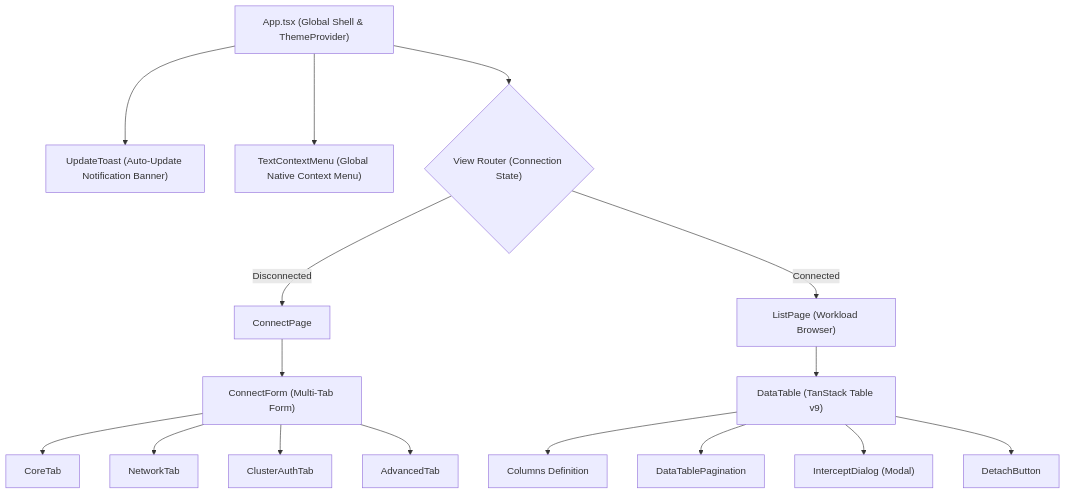
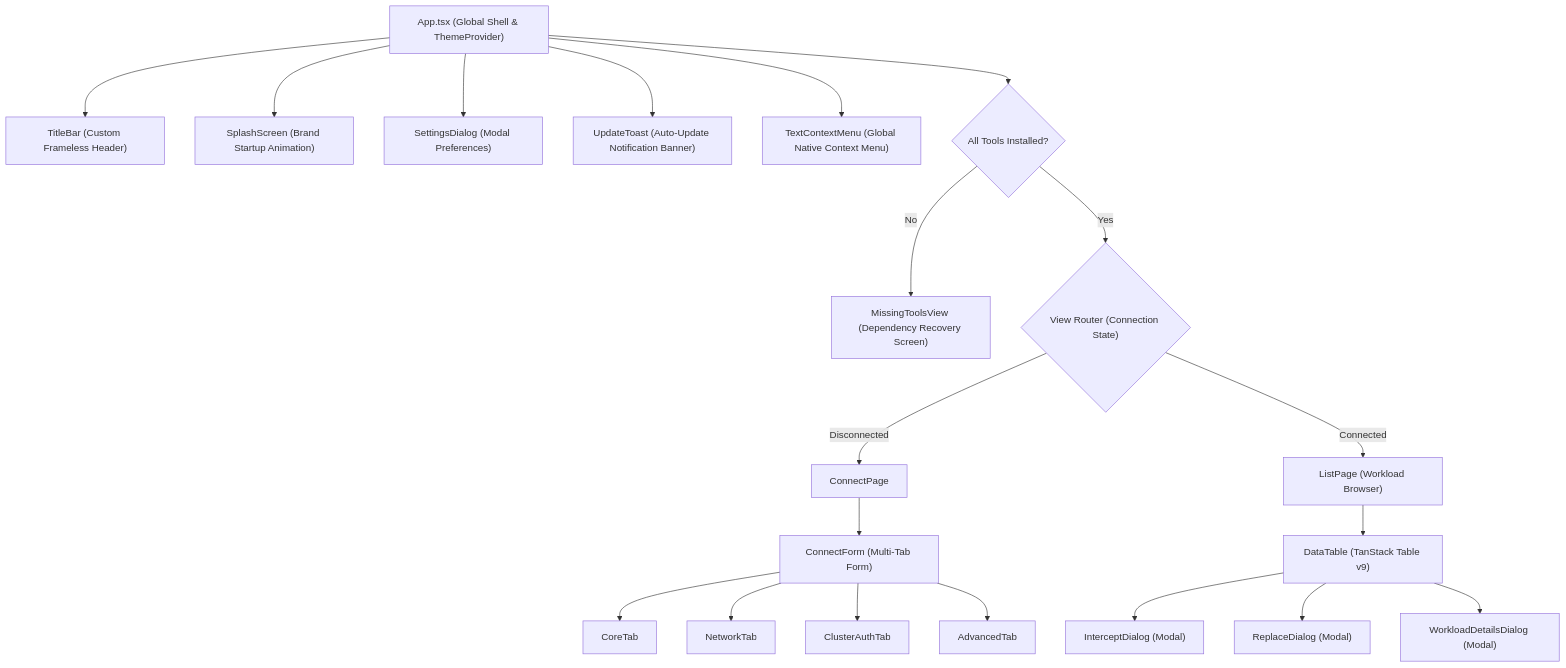
Before and after one commit to mahdimomeni/telepresence-gui: the diagram in docs/docs/developer-guide/frontend-architecture.md, drawn with Mermaid. The commit also changed other lines of this file and 16 other files, not shown here.

````diff
--- a/docs/docs/developer-guide/frontend-architecture.md
+++ b/docs/docs/developer-guide/frontend-architecture.md
@@ -25,25 +26,34 @@
 ```mermaid
 graph TD
     AppShell["App.tsx (Global Shell & ThemeProvider)"]
+    TitleBar["TitleBar (Custom Frameless Header)"]
+    SplashScreen["SplashScreen (Brand Startup Animation)"]
+    SettingsDialog["SettingsDialog (Modal Preferences)"]
+    MissingTools["MissingToolsView (Dependency Recovery Screen)"]
     UpdateToast["UpdateToast (Auto-Update Notification Banner)"]
     ContextMenu["TextContextMenu (Global Native Context Menu)"]
     
+    AppShell --> TitleBar
+    AppShell --> SplashScreen
+    AppShell --> SettingsDialog
     AppShell --> UpdateToast
     AppShell --> ContextMenu
-    AppShell --> Router{"View Router (Connection State)"}
+    
+    AppShell --> ToolGate{"All Tools Installed?"}
+    ToolGate -->|No| MissingTools
+    ToolGate -->|Yes| Router{"View Router (Connection State)"}
     
     Router -->|Disconnected| ConnectPage["ConnectPage"]
     Router -->|Connected| ListPage["ListPage (Workload Browser)"]
     
     ConnectPage --> ConnectForm["ConnectForm (Multi-Tab Form)"]
     ConnectForm --> CoreTab["CoreTab"]
     ConnectForm --> NetworkTab["NetworkTab"]
     ConnectForm --> ClusterAuthTab["ClusterAuthTab"]
     ConnectForm --> AdvancedTab["AdvancedTab"]
     
     ListPage --> DataTable["DataTable (TanStack Table v9)"]
-    DataTable --> Columns["Columns Definition"]
-    DataTable --> Pagination["DataTablePagination"]
     DataTable --> InterceptDialog["InterceptDialog (Modal)"]
-    DataTable --> DetachButton["DetachButton"]
+    DataTable --> ReplaceDialog["ReplaceDialog (Modal)"]
+    DataTable --> DetailsDialog["WorkloadDetailsDialog (Modal)"]
 ```
````
